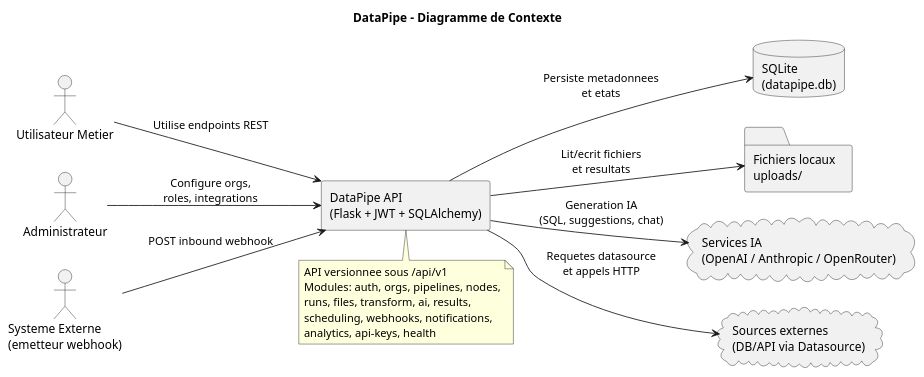
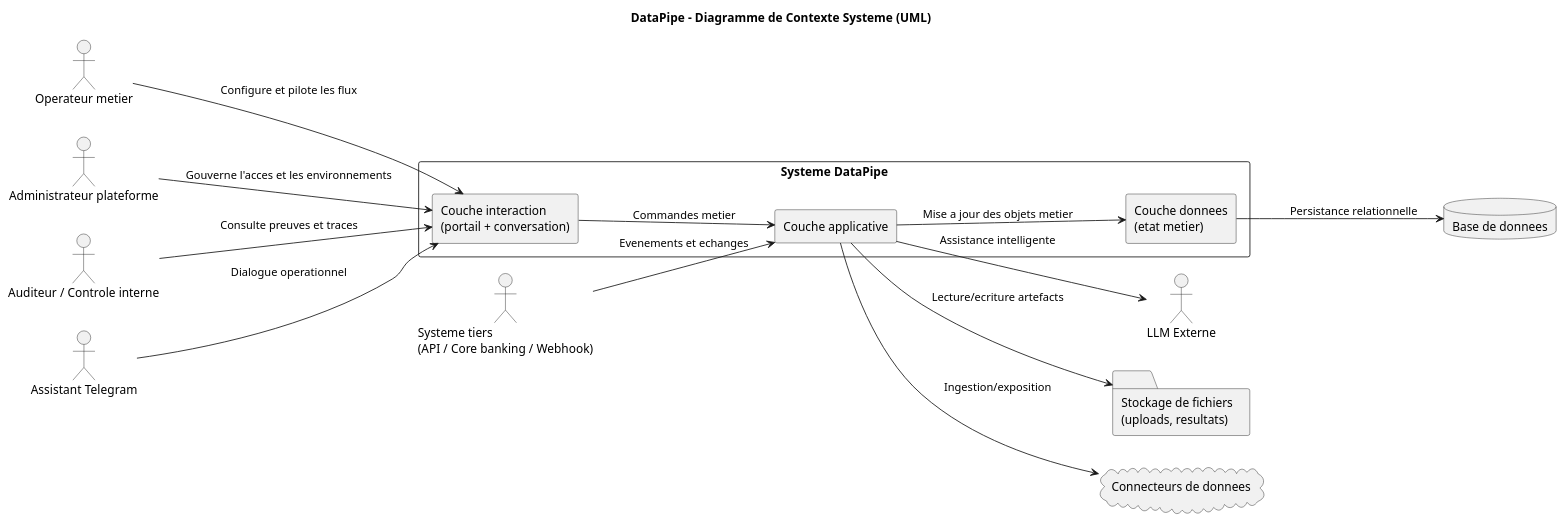
One commit to Delmat237/DataPipe---ETL-Visuel-pour-Pipelines-Bancaires changed the diagram in analyses/01_contexte_systeme.puml. Above: the diagram before and after it, drawn with PlantUML. The commit also changed 11 other files, not shown here.

First line of the commit message:
docs: refondre la modélisation UML en vue système

```diff
--- a/analyses/01_contexte_systeme.puml
+++ b/analyses/01_contexte_systeme.puml
@@ -1,34 +1,37 @@
 @startuml
-title DataPipe - Diagramme de Contexte
+title DataPipe - Diagramme de Contexte Systeme (UML)
 left to right direction
 skinparam shadowing false
 skinparam packageStyle rectangle
 
-actor "Utilisateur Metier" as User
-actor "Administrateur" as Admin
-actor "Systeme Externe\n(emetteur webhook)" as External
+actor "Operateur metier" as Operateur
+actor "Administrateur plateforme" as Admin
+actor "Auditeur / Controle interne" as Auditeur
+actor "Assistant Telegram" as Telegram
+actor "LLM Externe" as LLM
+actor "Systeme tiers\n(API / Core banking / Webhook)" as Tiers
 
-rectangle "DataPipe API\n(Flask + JWT + SQLAlchemy)" as DataPipe
-database "SQLite\n(datapipe.db)" as DB
-folder "Fichiers locaux\nuploads/" as FS
-cloud "Services IA\n(OpenAI / Anthropic / OpenRouter)" as AI
-cloud "Sources externes\n(DB/API via Datasource)" as Sources
+rectangle "Systeme DataPipe" as Systeme {
+  rectangle "Couche interaction\n(portail + conversation)" as Interaction
+  rectangle "Couche applicative" as Applicative
+  rectangle "Couche donnees\n(etat metier)" as Donnees
+}
 
-User --> DataPipe : Utilise endpoints REST
-Admin --> DataPipe : Configure orgs,\nroles, integrations
-External --> DataPipe : POST inbound webhook
+database "Base de donnees" as DB
+folder "Stockage de fichiers\n(uploads, resultats)" as Storage
+cloud "Connecteurs de donnees" as Connecteurs
 
-DataPipe --> DB : Persiste metadonnees\net etats
-DataPipe --> FS : Lit/ecrit fichiers\net resultats
-DataPipe --> AI : Generation IA\n(SQL, suggestions, chat)
-DataPipe --> Sources : Requetes datasource\net appels HTTP
+Operateur --> Interaction : Configure et pilote les flux
+Admin --> Interaction : Gouverne l'acces et les environnements
+Auditeur --> Interaction : Consulte preuves et traces
+Telegram --> Interaction : Dialogue operationnel
 
-note bottom of DataPipe
-API versionnee sous /api/v1
-Modules: auth, orgs, pipelines, nodes,
-runs, files, transform, ai, results,
-scheduling, webhooks, notifications,
-analytics, api-keys, health
-end note
+Interaction --> Applicative : Commandes metier
+Applicative --> Donnees : Mise a jour des objets metier
+Donnees --> DB : Persistance relationnelle
+Applicative --> Storage : Lecture/ecriture artefacts
+Applicative --> Connecteurs : Ingestion/exposition
+Applicative --> LLM : Assistance intelligente
+Tiers --> Applicative : Evenements et echanges
 
 @enduml
```
